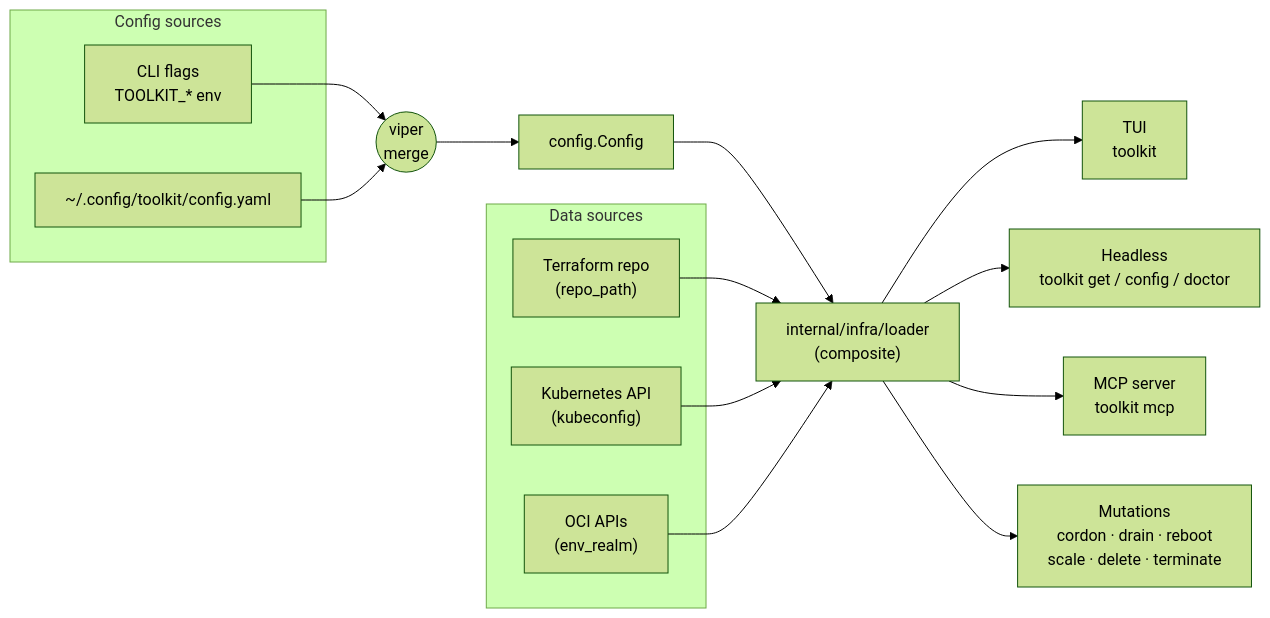
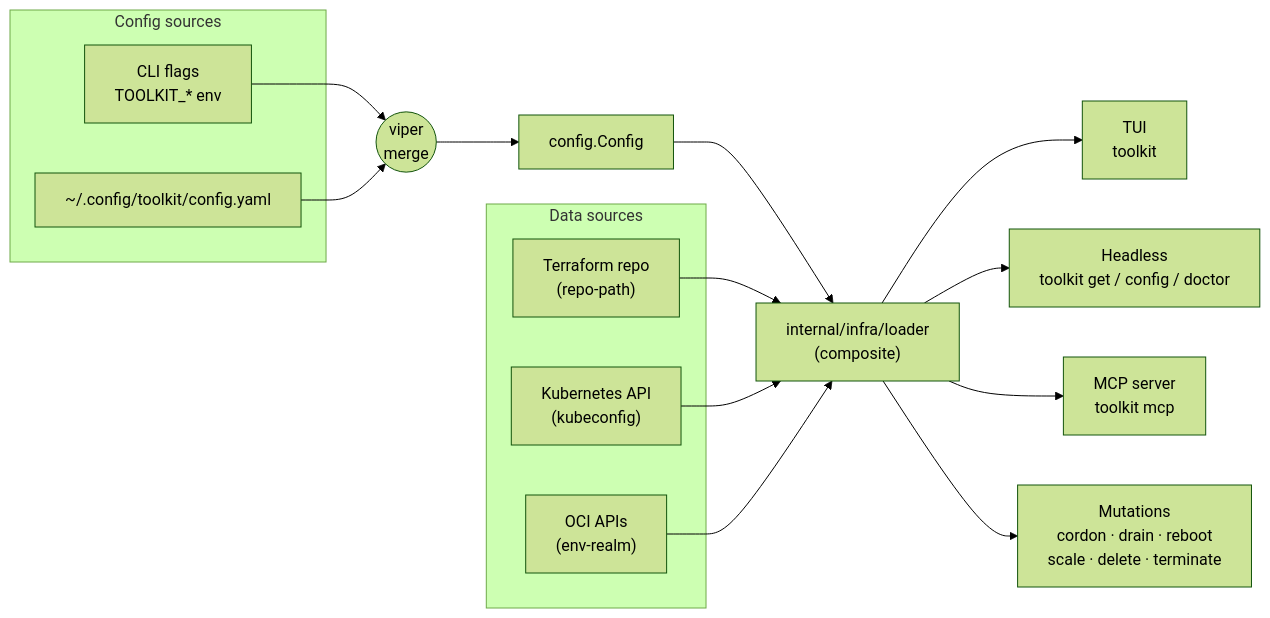
Before and after one commit to jingle2008/toolkit: the diagram in README.md, drawn with Mermaid (forest theme). The commit also changed other lines of this file and 5 other files, not shown here.

````diff
--- a/README.md
+++ b/README.md
@@ -30,27 +30,27 @@
 ```mermaid
 flowchart LR
     subgraph CFG ["Config sources"]
         flags["CLI flags<br/>TOOLKIT_* env"]
         file["~/.config/toolkit/config.yaml"]
     end
     flags --> viper((viper<br/>merge))
     file --> viper
     viper --> Cfg["config.Config"]
 
     subgraph SRC ["Data sources"]
-        tf["Terraform repo<br/>(repo_path)"]
+        tf["Terraform repo<br/>(repo-path)"]
         k8s["Kubernetes API<br/>(kubeconfig)"]
-        oci["OCI APIs<br/>(env_realm)"]
+        oci["OCI APIs<br/>(env-realm)"]
     end
 
     Cfg --> Loader
     tf --> Loader
     k8s --> Loader
     oci --> Loader
     Loader["internal/infra/loader<br/>(composite)"]
 
     Loader --> TUI["TUI<br/>toolkit"]
     Loader --> Get["Headless<br/>toolkit get / config / doctor"]
     Loader --> MCP["MCP server<br/>toolkit mcp"]
     Loader --> Mut["Mutations<br/>cordon · drain · reboot<br/>scale · delete · terminate"]
 ```
````
